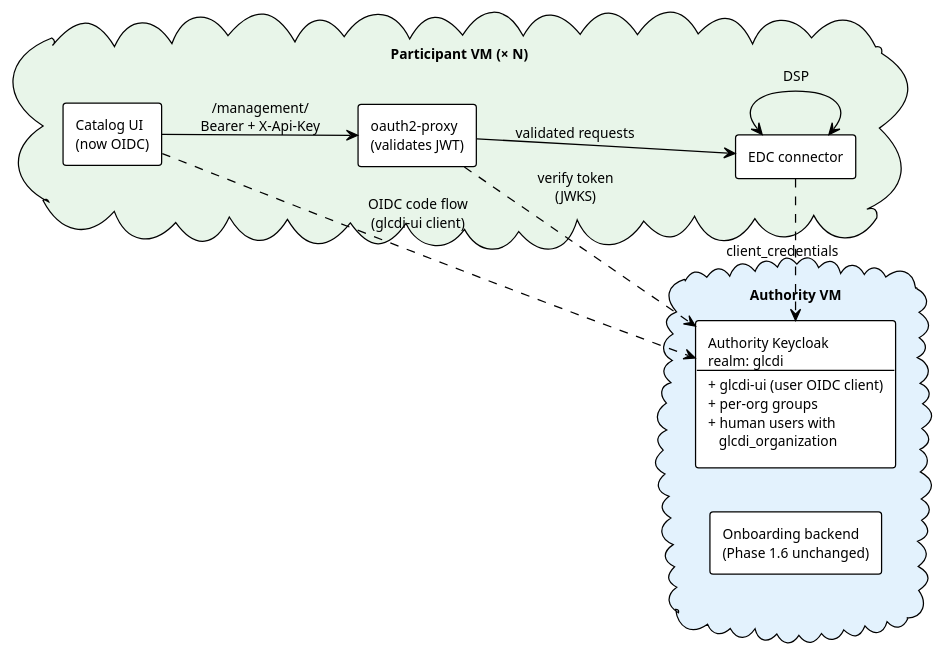
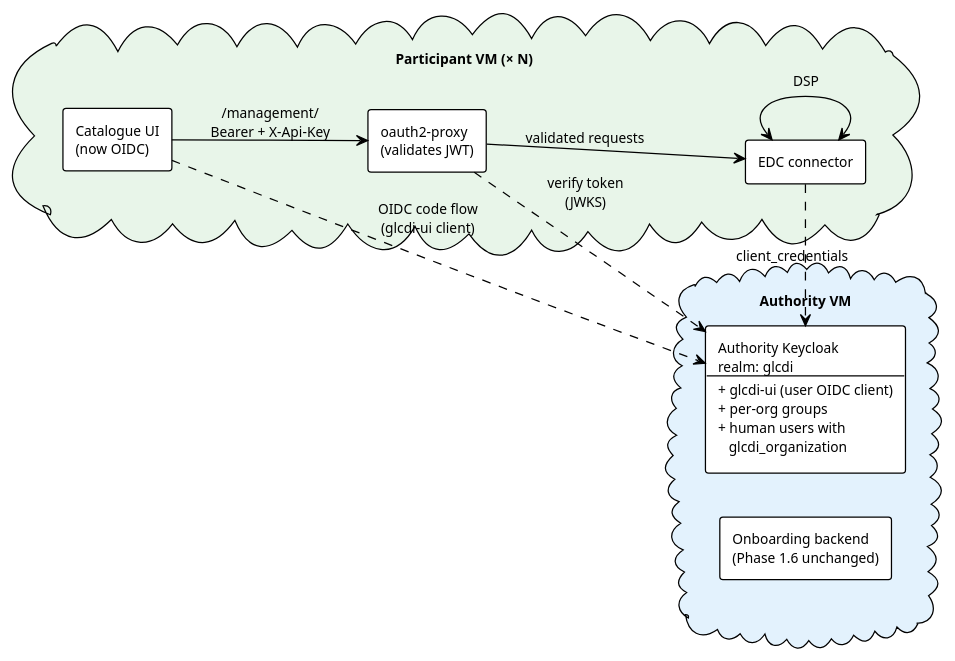
The fifth of 11 diagrams in reference/authentication.md (glcdi/documentation), drawn with PlantUML before and after one commit. The commit also changed other lines of this file and 22 other files, not shown here.

````diff
--- a/reference/authentication.md
+++ b/reference/authentication.md
@@ -240,28 +240,28 @@
 ```plantuml
 @startuml
 !theme plain
 skinparam defaultFontSize 11
 skinparam componentStyle rectangle
 left to right direction
 
 cloud "Authority VM" as AUTH #E3F2FD {
   component "Authority Keycloak\nrealm: glcdi\n--\n+ glcdi-ui (user OIDC client)\n+ per-org groups\n+ human users with\n   glcdi_organization" as KC
   component "Onboarding backend\n(Phase 1.6 unchanged)" as OB
 }
 
 cloud "Participant VM (× N)" as PV #E8F5E9 {
-  component "Catalog UI\n(now OIDC)" as UI
+  component "Catalogue UI\n(now OIDC)" as UI
   component "oauth2-proxy\n(validates JWT)" as OP2
   component "EDC connector" as EDC
 }
 
 AUTH -[hidden]right- PV
 
 UI ..> KC : OIDC code flow\n(glcdi-ui client)
 UI --> OP2 : /management/\nBearer + X-Api-Key
 OP2 --> EDC : validated requests
 OP2 ..> KC : verify token\n(JWKS)
 EDC <--> EDC : DSP
 EDC ..> KC : client_credentials
 @enduml
 ```
````
